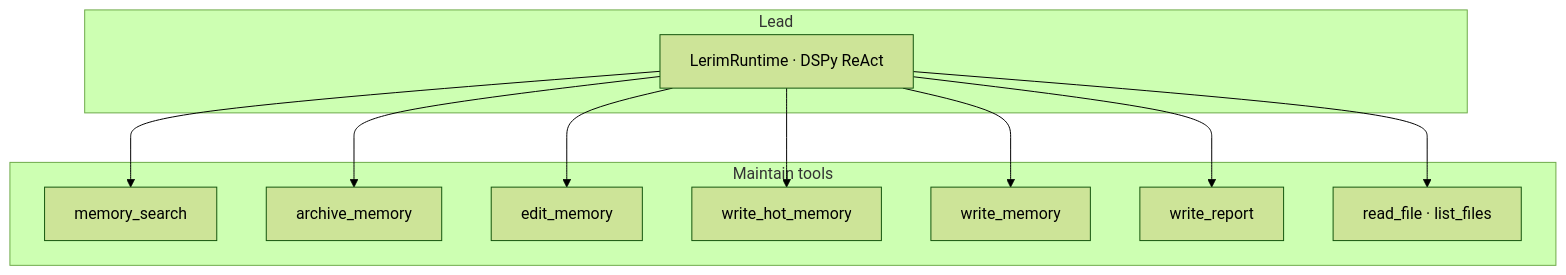
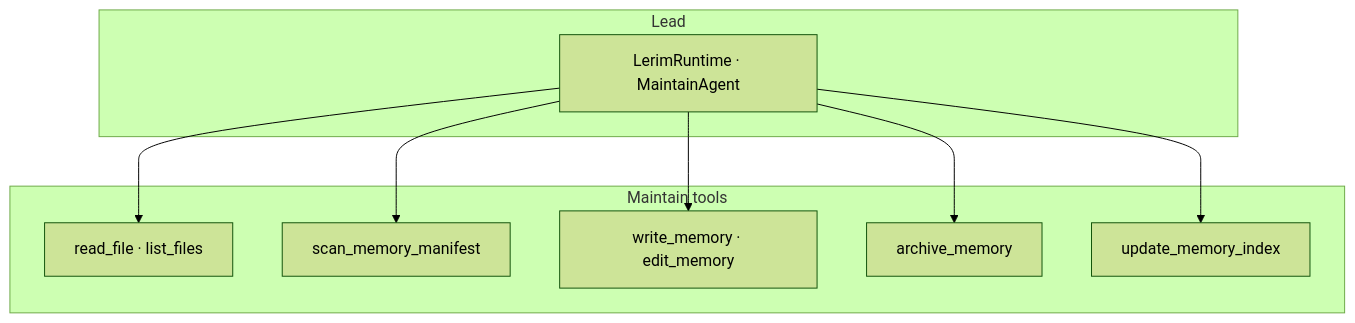
Before and after one commit to lerim-dev/lerim-cli: the third of 3 diagrams in docs/concepts/how-it-works.md, drawn with Mermaid (forest theme). The commit also changed other lines of this file and 33 other files, not shown here.

First line of the commit message:
refactor: update Lerim's memory architecture and agent roles

````diff
--- a/docs/concepts/how-it-works.md
+++ b/docs/concepts/how-it-works.md
@@ -107,22 +102,18 @@
 ```mermaid
 flowchart TB
     subgraph lead_m["Lead"]
-        RT_m[LerimRuntime · DSPy ReAct]
+        RT_m[LerimRuntime · MaintainAgent]
     end
     subgraph maintainTools["Maintain tools"]
-        ms[memory_search]
+        t2["read_file · list_files"]
+        sm2[scan_memory_manifest]
+        wm2["write_memory · edit_memory"]
         ar[archive_memory]
-        em[edit_memory]
-        wh[write_hot_memory]
-        wm2[write_memory]
-        wr2[write_report]
-        rf2["read_file · list_files"]
+        ui2[update_memory_index]
     end
-    RT_m --> ms
+    RT_m --> t2
+    RT_m --> sm2
+    RT_m --> wm2
     RT_m --> ar
-    RT_m --> em
-    RT_m --> wh
-    RT_m --> wm2
-    RT_m --> wr2
-    RT_m --> rf2
+    RT_m --> ui2
 ```
````
